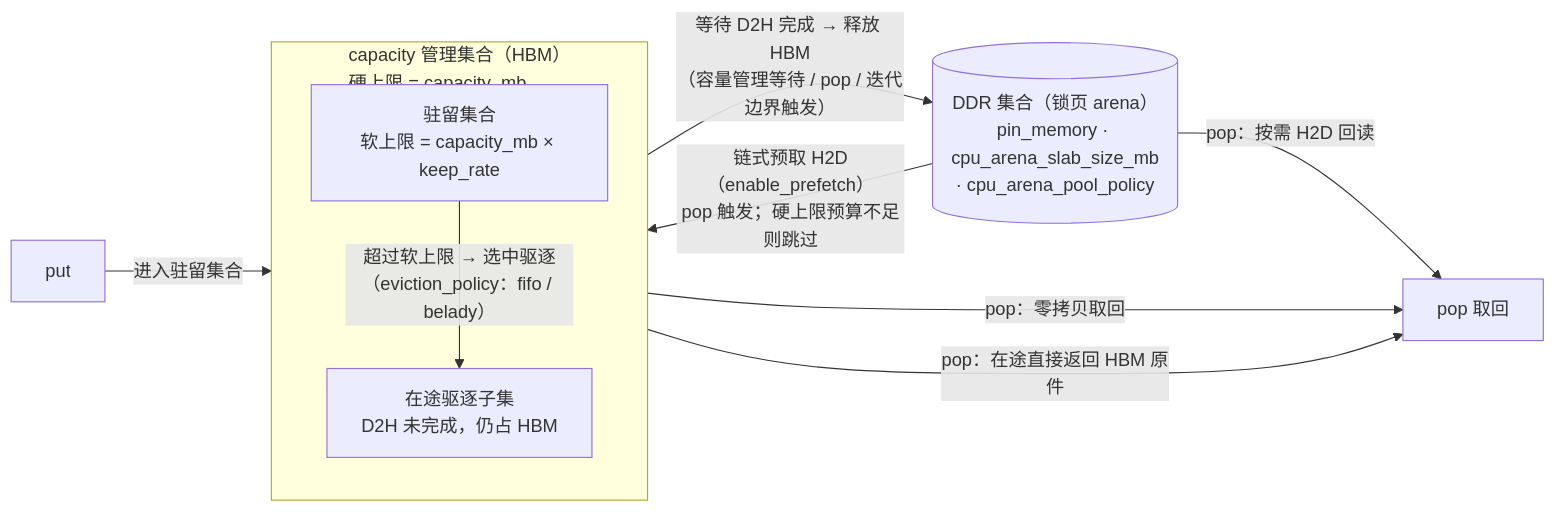
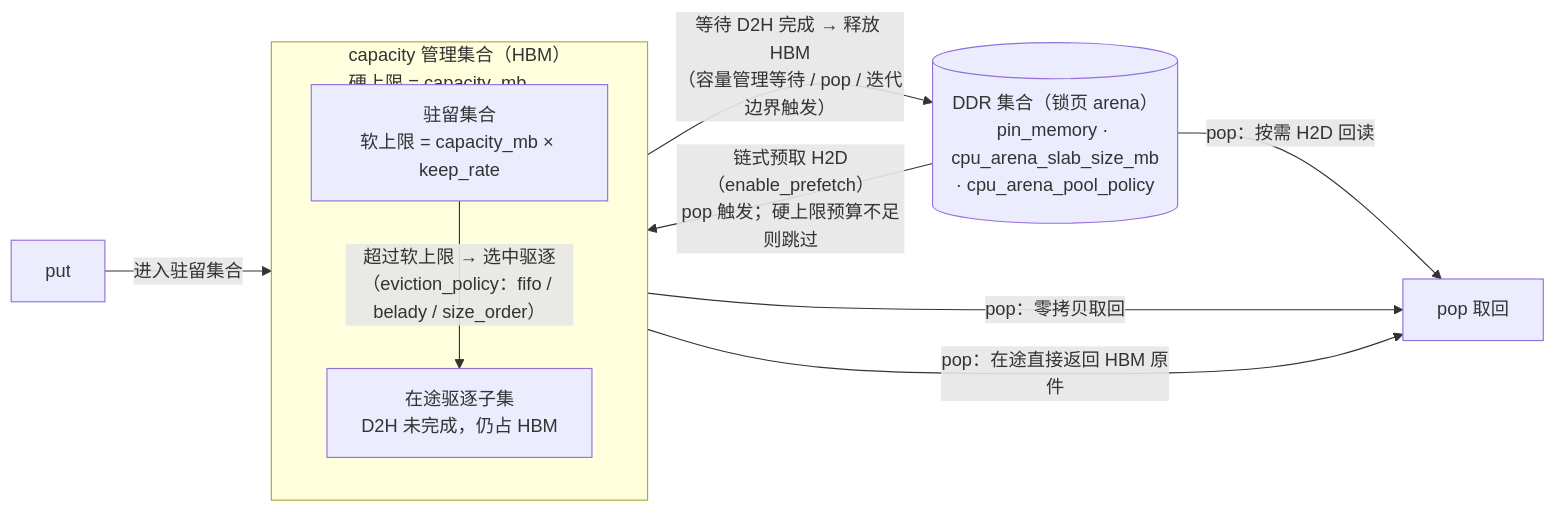
One commit to Ascend/MindSpeed-MM changed the second of 2 diagrams in docs/zh/features/memory/swap_core.md. Above: the diagram before and after it, drawn with Mermaid. The commit also changed other lines of this file and 5 other files, not shown here.

First line of the commit message:
[feat]Swapcore:Add pinned_ops and size_order policy

````diff
--- a/docs/zh/features/memory/swap_core.md
+++ b/docs/zh/features/memory/swap_core.md
@@ -97,20 +120,20 @@
 ```mermaid
 flowchart LR
     PUT["put"] -->|"进入驻留集合"| SOFT
 
     subgraph CAP["capacity 管理集合（HBM）<br/>硬上限 = capacity_mb"]
         direction TB
         SOFT["驻留集合<br/>软上限 = capacity_mb × keep_rate"]
         FLIGHT["在途驱逐子集<br/>D2H 未完成，仍占 HBM"]
     end
 
-    SOFT -->|"超过软上限 → 选中驱逐<br/>（eviction_policy：fifo / belady）"| FLIGHT
+    SOFT -->|"超过软上限 → 选中驱逐<br/>（eviction_policy：fifo / belady / size_order）"| FLIGHT
 
     DDR[("DDR 集合（锁页 arena）<br/>pin_memory · cpu_arena_slab_size_mb<br/>· cpu_arena_pool_policy")]
 
     FLIGHT -->|"等待 D2H 完成 → 释放 HBM<br/>（容量管理等待 / pop / 迭代边界触发）"| DDR
     SOFT -->|"pop：零拷贝取回"| POP["pop 取回"]
     FLIGHT -->|"pop：在途直接返回 HBM 原件"| POP
     DDR -->|"pop：按需 H2D 回读"| POP
     DDR -->|"链式预取 H2D（enable_prefetch）<br/>pop 触发；硬上限预算不足则跳过"| SOFT
 ```
````
